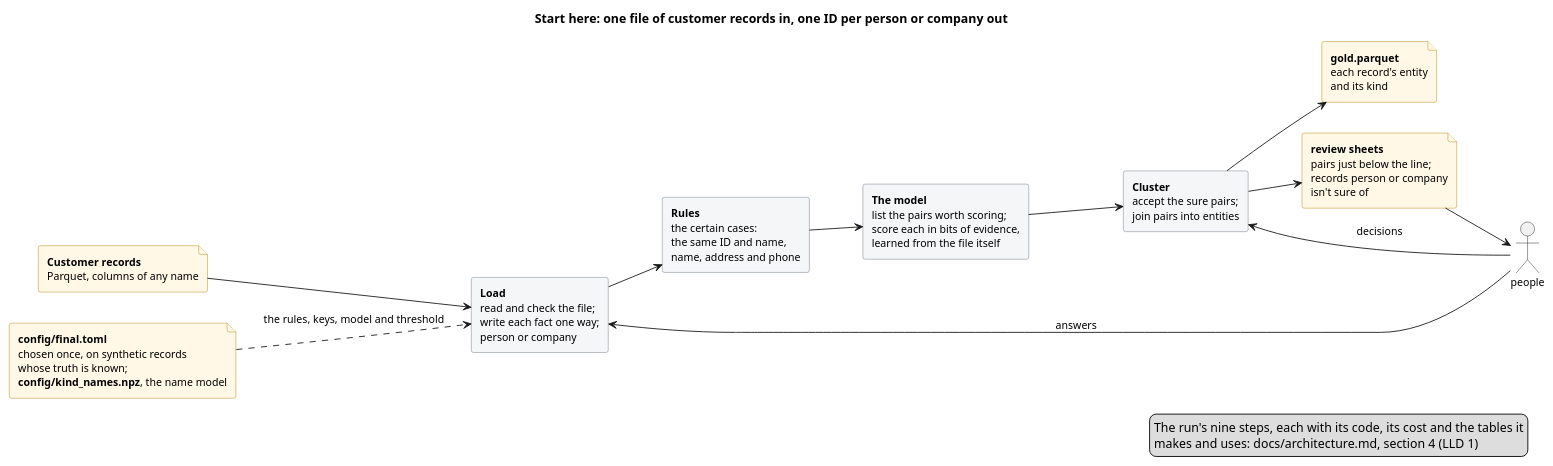
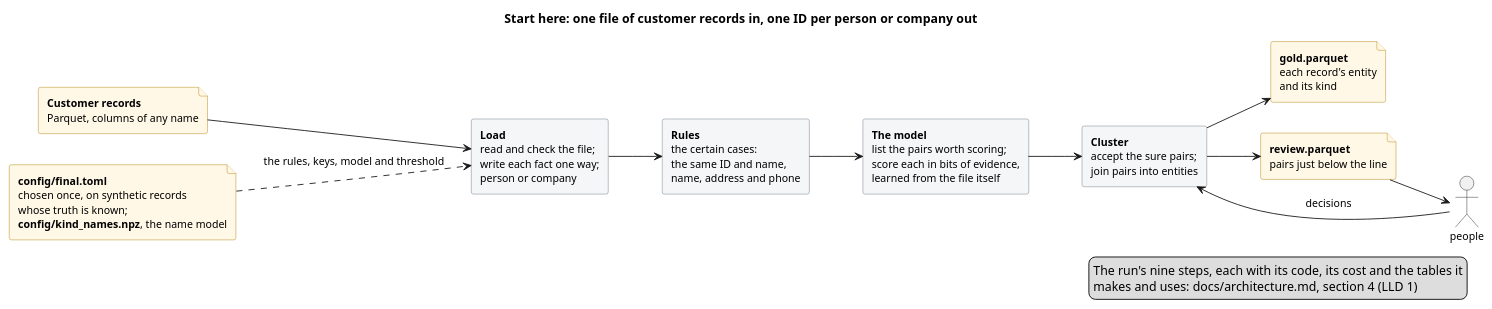
The diagram in docs/diagrams/overview.puml (mvsbm/entity_matching), drawn with PlantUML before and after one commit. The commit also changed 66 other files, not shown here.

```diff
--- a/docs/diagrams/overview.puml
+++ b/docs/diagrams/overview.puml
@@ -1,39 +1,38 @@
 @startuml overview
 title Start here: one file of customer records in, one ID per person or company out
 left to right direction
 skinparam defaultFontSize 12
 skinparam rectangle {
   BackgroundColor #F4F6F8
   BorderColor #65717E
 }
 skinparam file {
   BackgroundColor #FFF8E6
   BorderColor #B07D00
 }
 
 file "<b>Customer records</b>\nParquet, columns of any name" as input
 rectangle "<b>Load</b>\nread and check the file;\nwrite each fact one way;\nperson or company" as load
 rectangle "<b>Rules</b>\nthe certain cases:\nthe same ID and name,\nname, address and phone" as rules
 rectangle "<b>The model</b>\nlist the pairs worth scoring;\nscore each in bits of evidence,\nlearned from the file itself" as model
 rectangle "<b>Cluster</b>\naccept the sure pairs;\njoin pairs into entities" as cluster
 file "<b>gold.parquet</b>\neach record's entity\nand its kind" as gold
-file "<b>review sheets</b>\npairs just below the line;\nrecords person or company\nisn't sure of" as sheets
+file "<b>review.parquet</b>\npairs just below the line" as sheets
 actor "people" as people
 file "<b>config/final.toml</b>\nchosen once, on synthetic records\nwhose truth is known;\n<b>config/kind_names.npz</b>, the name model" as config
 
 input --> load
 load --> rules
 rules --> model
 model --> cluster
 cluster --> gold
 cluster --> sheets
 sheets --> people
 people --> cluster : decisions
-people --> load : answers
 config ..> load : the rules, keys, model and threshold
 
 legend right
   The run's nine steps, each with its code, its cost and the tables it
   makes and uses: docs/architecture.md, section 4 (LLD 1)
 endlegend
 @enduml
```
